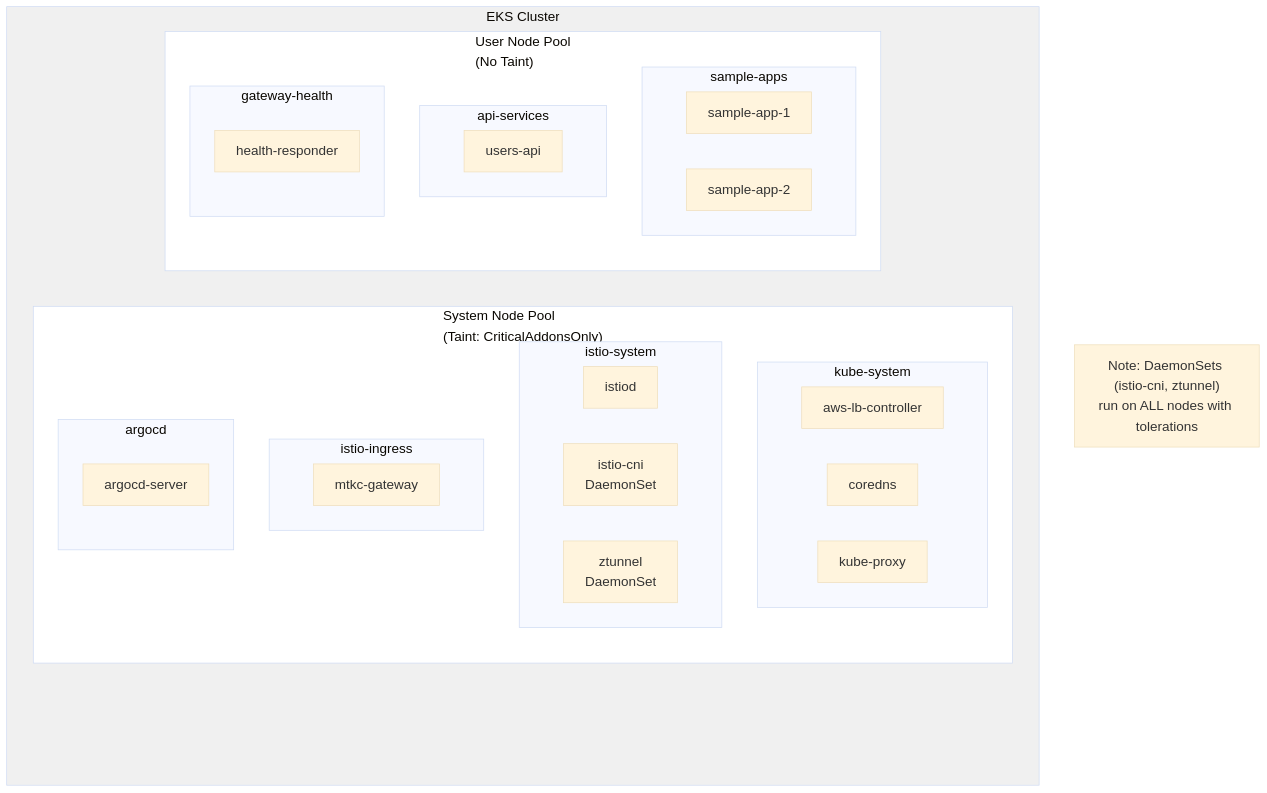
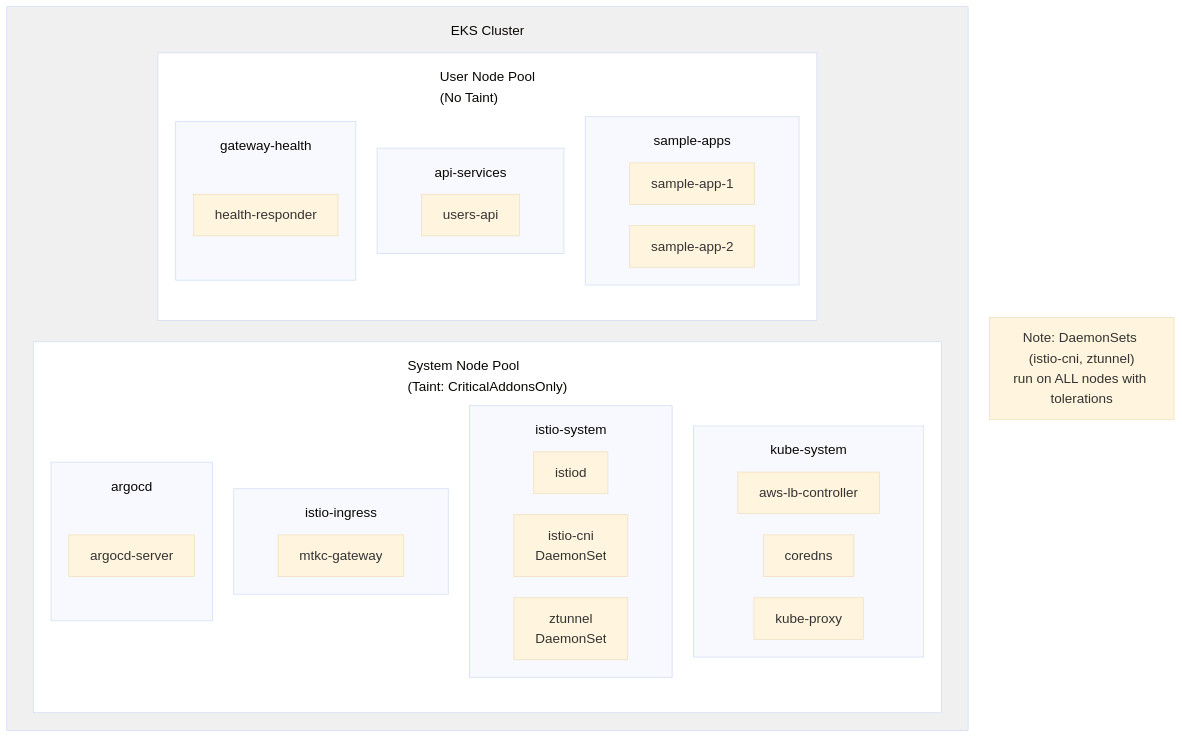
The second of 3 diagrams in README.md (shanaka-versent/EKS-Istio-GatewayAPI-Deom), drawn with Mermaid before and after one commit.

Commit message:
docs: Fix overlapping boxes with proper spacing config in EKS diagram

````diff
--- a/README.md
+++ b/README.md
@@ -105,45 +105,43 @@
 ```mermaid
-%%{init: {'theme': 'base', 'themeVariables': {'fontSize': '19px'}}}%%
+%%{init: {'theme': 'base', 'themeVariables': {'fontSize': '19px'}, 'flowchart': {'nodeSpacing': 30, 'rankSpacing': 50, 'subGraphTitleMargin': {'top': 20, 'bottom': 20}}}}%%
 flowchart TB
     subgraph EKS["EKS Cluster"]
-        Spacer["<br/><br/>"]
         subgraph SystemPool["System Node Pool<br/>(Taint: CriticalAddonsOnly)"]
             subgraph KS["kube-system"]
                 LBC2[aws-lb-controller]
                 CoreDNS[coredns]
                 KubeProxy[kube-proxy]
             end
             subgraph IS["istio-system"]
                 Istiod2[istiod]
                 CNI[istio-cni<br/>DaemonSet]
                 ZT[ztunnel<br/>DaemonSet]
             end
             subgraph II["istio-ingress"]
                 GW2[mtkc-gateway]
             end
             subgraph AC["argocd"]
                 ArgoServer[argocd-server]
             end
         end
 
         subgraph UserPool["User Node Pool<br/>(No Taint)"]
             subgraph SA["sample-apps"]
                 App1B[sample-app-1]
                 App2B[sample-app-2]
             end
             subgraph API2["api-services"]
                 UsersAPI[users-api]
             end
             subgraph GH["gateway-health"]
                 HealthResp[health-responder]
             end
         end
     end
 
     Note["Note: DaemonSets (istio-cni, ztunnel)<br/>run on ALL nodes with tolerations"]
 
     style EKS fill:#f0f0f0
     style SystemPool fill:#ffffff
     style UserPool fill:#ffffff
-    style Spacer fill:none,stroke:none
 ```
````
